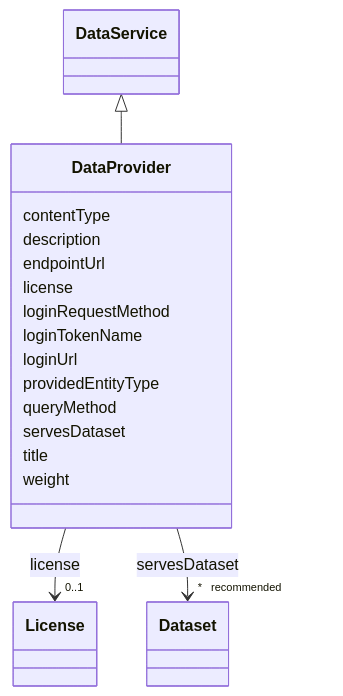
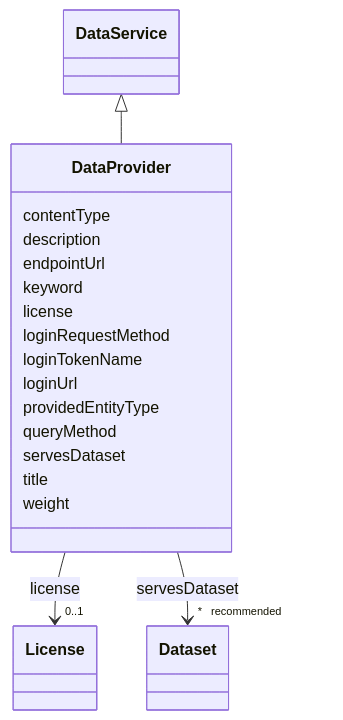
One commit to EVORA-project/evora-ontology changed the diagram in models/docs/DataProvider.md. Above: the diagram before and after it, drawn with Mermaid. The commit also changed other lines of this file and 402 other files, not shown here.

````diff
--- a/models/docs/DataProvider.md
+++ b/models/docs/DataProvider.md
@@ -19,47 +19,49 @@
 ```mermaid
  classDiagram
     class DataProvider
     click DataProvider href "../DataProvider"
       DataService <|-- DataProvider
         click DataService href "../DataService"
       
       DataProvider : contentType
         
       DataProvider : description
         
       DataProvider : endpointUrl
+        
+      DataProvider : keyword
         
       DataProvider : license
         
           
     
     
     DataProvider --> "0..1" License : license
     click License href "../License"
 
         
       DataProvider : loginRequestMethod
         
       DataProvider : loginTokenName
         
       DataProvider : loginUrl
         
       DataProvider : providedEntityType
         
       DataProvider : queryMethod
         
       DataProvider : servesDataset
         
           
     
     
     DataProvider --> "* _recommended_" Dataset : servesDataset
     click Dataset href "../Dataset"
 
         
       DataProvider : title
         
       DataProvider : weight
         
       
 ```
````
